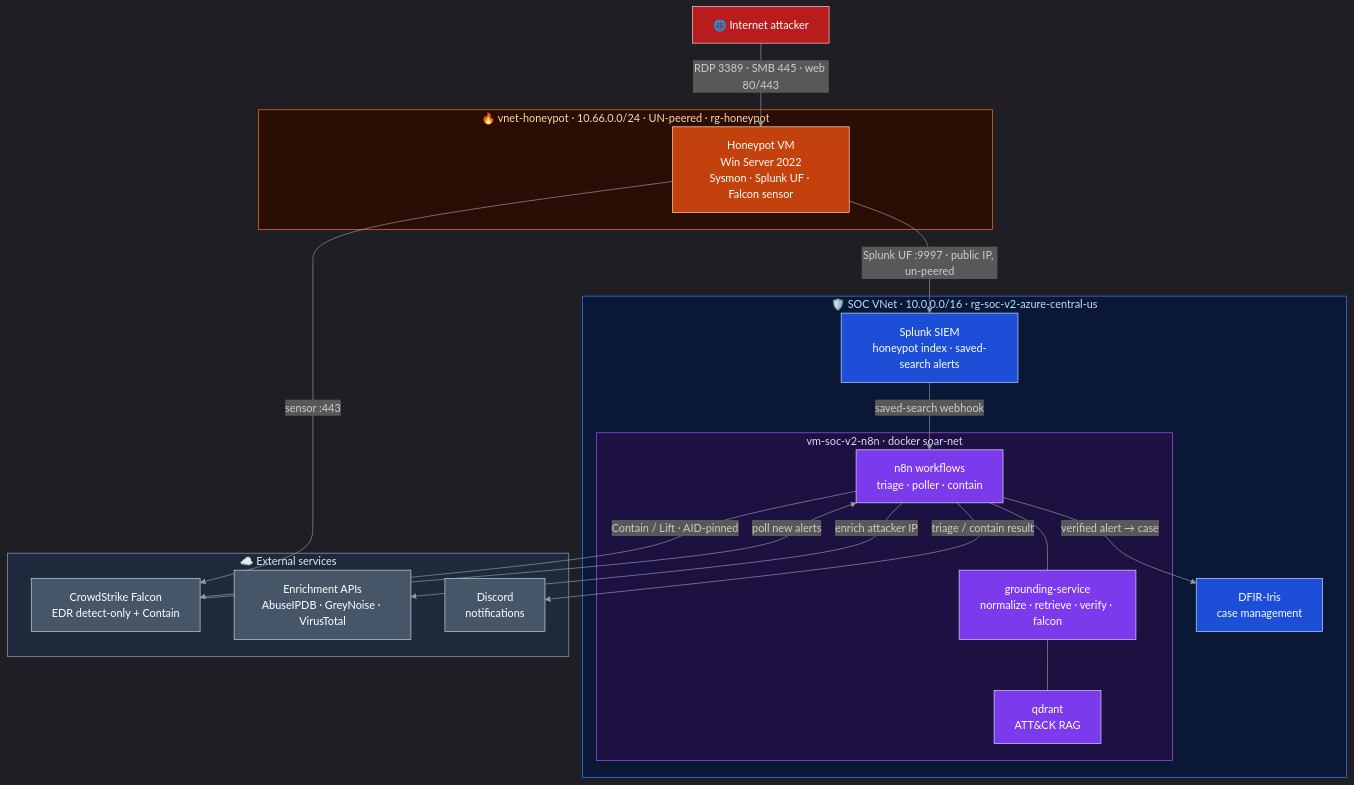
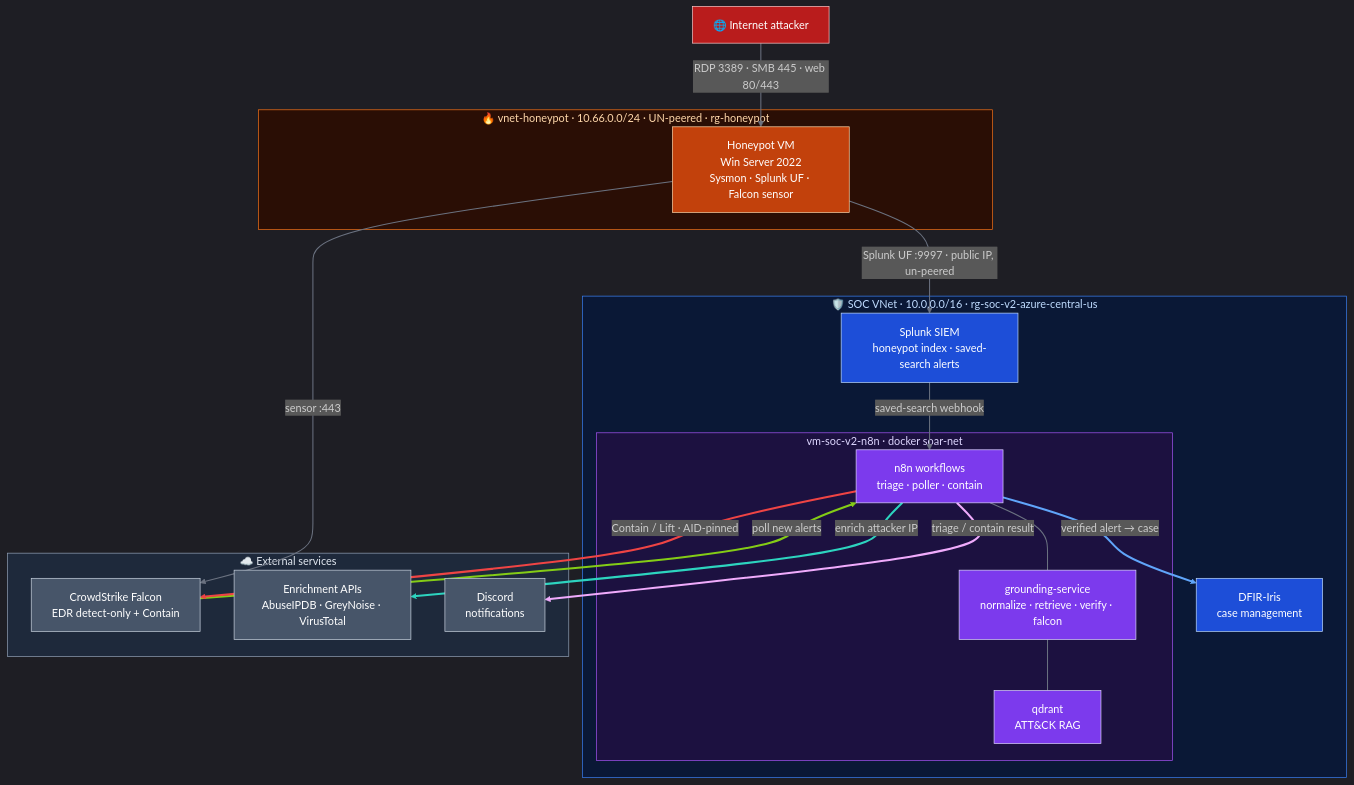
One commit to Armando-ic/soc-automation-honeypot-project changed the diagram in README.md. Above: the diagram before and after it, drawn with Mermaid. The commit also changed other lines of this file and 2 other files, not shown here.

Commit message:
docs(honeypot): edge-readability pass on the Layer-1 loop diagram
The n8n fan-out was hard to trace: several same-grey lines crossed the gap to
the External-services box with their labels stacked, so you could not tell which
line landed on CrowdStrike vs Enrichment vs Discord.

Colour and weight the edges with linkStyle so each is traceable: contain red
(thick), verified-alert-to-case blue, enrich teal, notify pink, the Falcon
"poll new alerts" feed lime; the ingress/telemetry lines are dimmed grey so they
recede. Also set the flowchart curve to basis.

Add a short note under the diagram (in both the README copy and ARCHITECTURE.md)
saying the colours are for visual clarity only and do not indicate good vs bad
or safe vs risky.

Applied identically to both Layer-1 copies (still byte-identical); the four
Layer-2 diagrams are unchanged. Re-ran the deterministic lint: copies identical,
every node colour-classed.

````diff
--- a/README.md
+++ b/README.md
@@ -9,52 +9,58 @@
 ```mermaid
-%%{init: {'theme':'dark','themeVariables':{'lineColor':'#9198a1'}}}%%
+%%{init: {'theme':'dark','themeVariables':{'lineColor':'#9198a1'},'flowchart':{'curve':'basis'}}}%%
 flowchart TB
   ATT["🌐 Internet attacker"]
 
   subgraph HPNET["🔥 vnet-honeypot · 10.66.0.0/24 · UN-peered · rg-honeypot"]
     HP["Honeypot VM<br/>Win Server 2022<br/>Sysmon · Splunk UF · Falcon sensor"]
   end
 
   subgraph SOCNET["🛡️ SOC VNet · 10.0.0.0/16 · rg-soc-v2-azure-central-us"]
     SPL["Splunk SIEM<br/>honeypot index · saved-search alerts"]
     subgraph N8NVM["vm-soc-v2-n8n · docker soar-net"]
       N8N["n8n workflows<br/>triage · poller · contain"]
       GS["grounding-service<br/>normalize · retrieve · verify · falcon"]
       QD["qdrant<br/>ATT&CK RAG"]
     end
     IRIS["DFIR-Iris<br/>case management"]
   end
 
   subgraph EXT["☁️ External services"]
     CS["CrowdStrike Falcon<br/>EDR detect-only + Contain"]
     ENR["Enrichment APIs<br/>AbuseIPDB · GreyNoise · VirusTotal"]
     DISC["Discord<br/>notifications"]
   end
 
   ATT -->|"RDP 3389 · SMB 445 · web 80/443"| HP
   HP -->|"Splunk UF :9997 · public IP, un-peered"| SPL
   HP -->|"sensor :443"| CS
   SPL -->|"saved-search webhook"| N8N
   CS -->|"poll new alerts"| N8N
   N8N --- GS
   GS --- QD
   N8N -->|"enrich attacker IP"| ENR
   N8N -->|"verified alert → case"| IRIS
   N8N -->|"triage / contain result"| DISC
   N8N -->|"Contain / Lift · AID-pinned"| CS
 
   classDef attacker fill:#b91c1c,stroke:#fecaca,color:#fff
   classDef honeypot fill:#c2410c,stroke:#fed7aa,color:#fff
   classDef soc fill:#1d4ed8,stroke:#bfdbfe,color:#fff
   classDef brain fill:#7c3aed,stroke:#ddd6fe,color:#fff
   classDef ext fill:#475569,stroke:#cbd5e1,color:#fff
   class ATT attacker
   class HP honeypot
   class SPL,IRIS soc
   class N8N,GS,QD brain
   class CS,ENR,DISC ext
   style HPNET fill:#2a0e05,stroke:#f97316,color:#fed7aa
   style SOCNET fill:#0a1836,stroke:#3b82f6,color:#bfdbfe
   style N8NVM fill:#1c1140,stroke:#a855f7,color:#ddd6fe
   style EXT fill:#1e293b,stroke:#94a3b8,color:#e2e8f0
+  linkStyle 0,1,2,3,5,6 stroke:#6b7280,stroke-width:1.5px
+  linkStyle 4 stroke:#84cc16,stroke-width:3px
+  linkStyle 7 stroke:#2dd4bf,stroke-width:3px
+  linkStyle 8 stroke:#60a5fa,stroke-width:3px
+  linkStyle 9 stroke:#f0abfc,stroke-width:3px
+  linkStyle 10 stroke:#ef4444,stroke-width:3px
 ```
````
